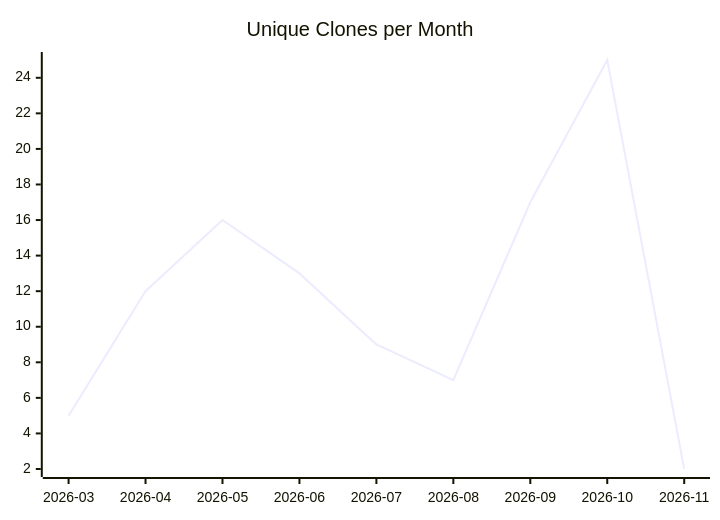
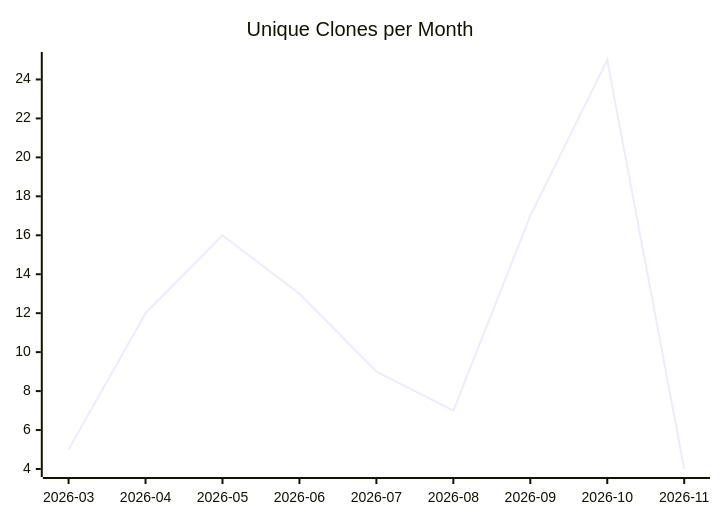
Before and after one commit to justdavis-family/github-analytics-data: the third of 3 diagrams in karlmdavis/justdavis-karl/README.md, drawn with Mermaid. The commit also changed other lines of this file and 188 other files, not shown here.

````diff
--- a/karlmdavis/justdavis-karl/README.md
+++ b/karlmdavis/justdavis-karl/README.md
@@ -19,6 +19,6 @@
 ```mermaid
 xychart-beta
   title "Unique Clones per Month"
   x-axis ["2026-03", "2026-04", "2026-05", "2026-06", "2026-07", "2026-08", "2026-09", "2026-10", "2026-11"]
-  line [5, 12, 16, 13, 9, 7, 17, 25, 2]
+  line [5, 12, 16, 13, 9, 7, 17, 25, 4]
 ```
````
